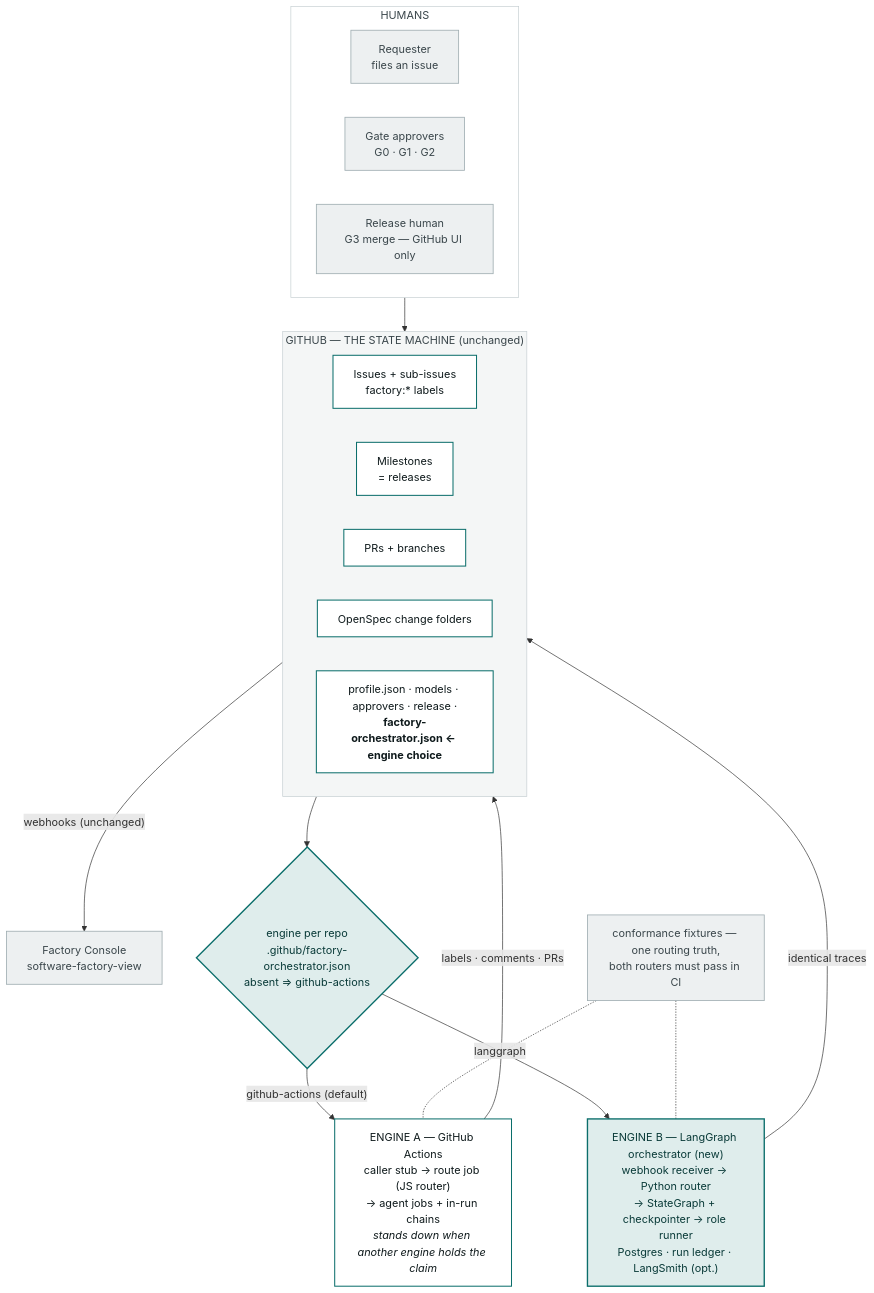
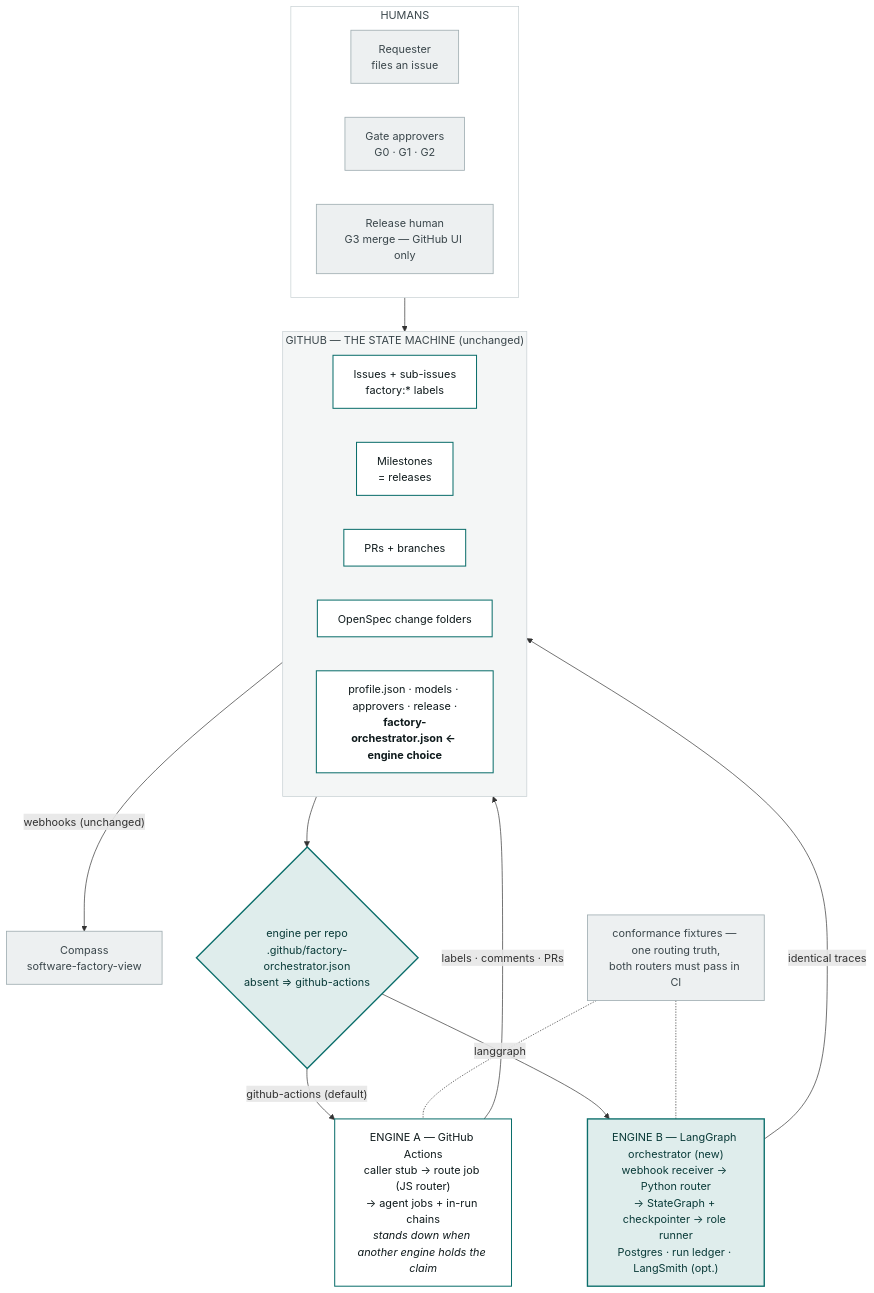
Before and after one commit to genai-jerry/claude-software-factory: the first of 2 diagrams in openspec/changes/add-langgraph-orchestration/design.md, drawn with Mermaid. The commit also changed other lines of this file and 30 other files, not shown here.

First line of the commit message:
Rename the Console to Compass everywhere it is named (#69)

````diff
--- a/openspec/changes/add-langgraph-orchestration/design.md
+++ b/openspec/changes/add-langgraph-orchestration/design.md
@@ -42,42 +42,42 @@
 ```mermaid
 flowchart TB
   subgraph HUM["HUMANS"]
     H1["Requester<br/>files an issue"]
     H2["Gate approvers<br/>G0 · G1 · G2"]
     H3["Release human<br/>G3 merge — GitHub UI only"]
   end
 
   HUM --> GH
 
   subgraph GH["GITHUB — THE STATE MACHINE (unchanged)"]
     G1["Issues + sub-issues<br/>factory:* labels"]
     G2["Milestones<br/>= releases"]
     G3["PRs + branches"]
     G4["OpenSpec change folders"]
     CFG["profile.json · models · approvers · release ·<br/><b>factory-orchestrator.json ← engine choice</b>"]
   end
 
-  GH -->|"webhooks (unchanged)"| CONSOLE["Factory Console<br/>software-factory-view"]
+  GH -->|"webhooks (unchanged)"| CONSOLE["Compass<br/>software-factory-view"]
 
   GH --> SEL{"engine per repo<br/>.github/factory-orchestrator.json<br/>absent ⇒ github-actions"}
 
   SEL -- "github-actions (default)" --> GA["ENGINE A — GitHub Actions<br/>caller stub → route job (JS router)<br/>→ agent jobs + in-run chains<br/><i>stands down when another engine holds the claim</i>"]
   SEL -- "langgraph" --> LG["ENGINE B — LangGraph orchestrator (new)<br/>webhook receiver → Python router<br/>→ StateGraph + checkpointer → role runner<br/>Postgres · run ledger · LangSmith (opt.)"]
 
   GA -->|"labels · comments · PRs"| GH
   LG -->|"identical traces"| GH
 
   FIX["conformance fixtures — one routing truth,<br/>both routers must pass in CI"] -.- GA
   FIX -.- LG
 
   classDef core fill:#FFFFFF,stroke:#0B6E6B,stroke-width:1.5px,color:#0F1A1C
   classDef new fill:#DFEDEC,stroke:#0B6E6B,stroke-width:2px,color:#0A3B39
   classDef dec fill:#DFEDEC,stroke:#0B6E6B,stroke-width:2px,color:#0A3B39
   classDef ext fill:#EDF0F1,stroke:#9FADB1,stroke-width:1.2px,color:#3A464B
   class G1,G2,G3,G4,CFG,GA core
   class LG new
   class SEL dec
   class H1,H2,H3,CONSOLE,FIX ext
   style GH fill:#F4F6F6,stroke:#C6CFD2,color:#3A464B
   style HUM fill:#FFFFFF,stroke:#C6CFD2,color:#3A464B
 ```
````
